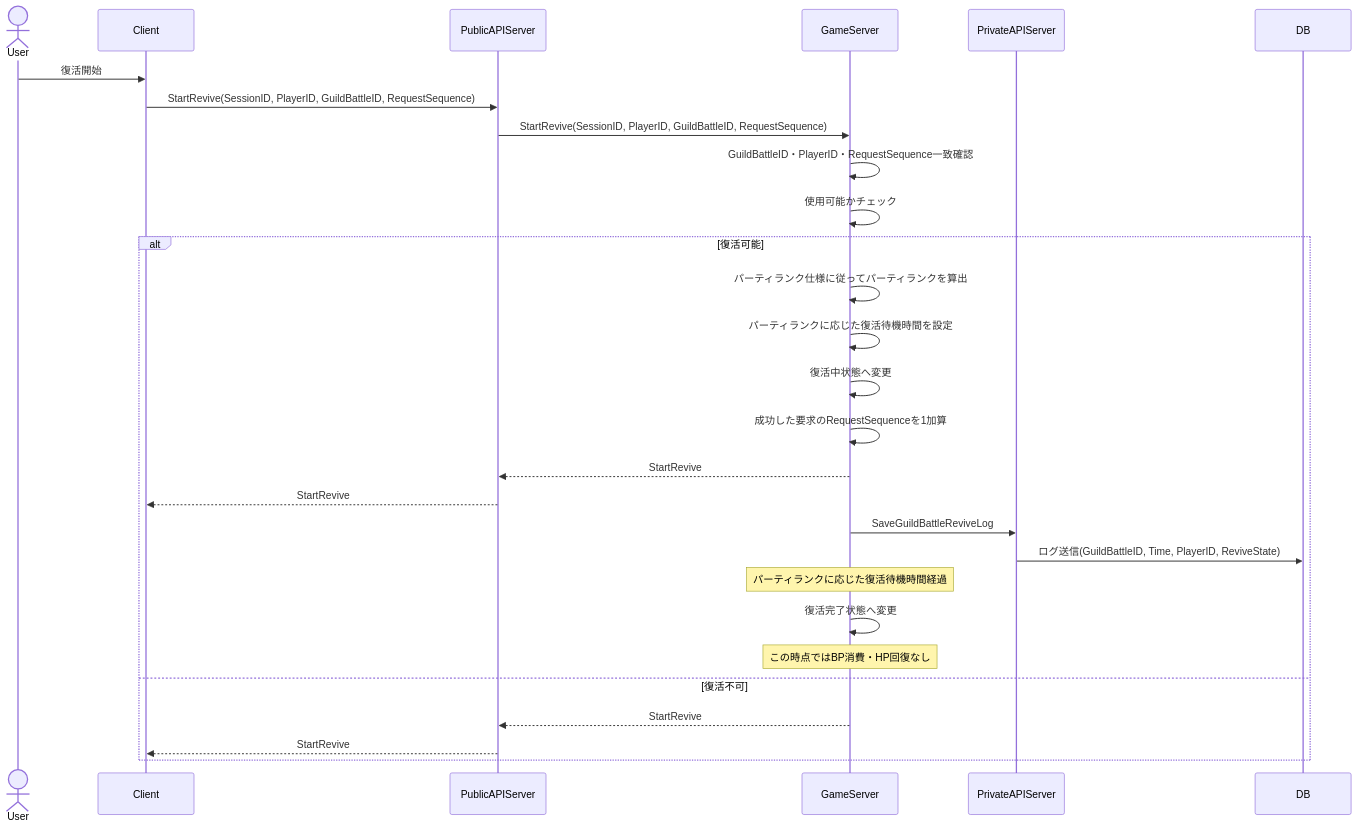
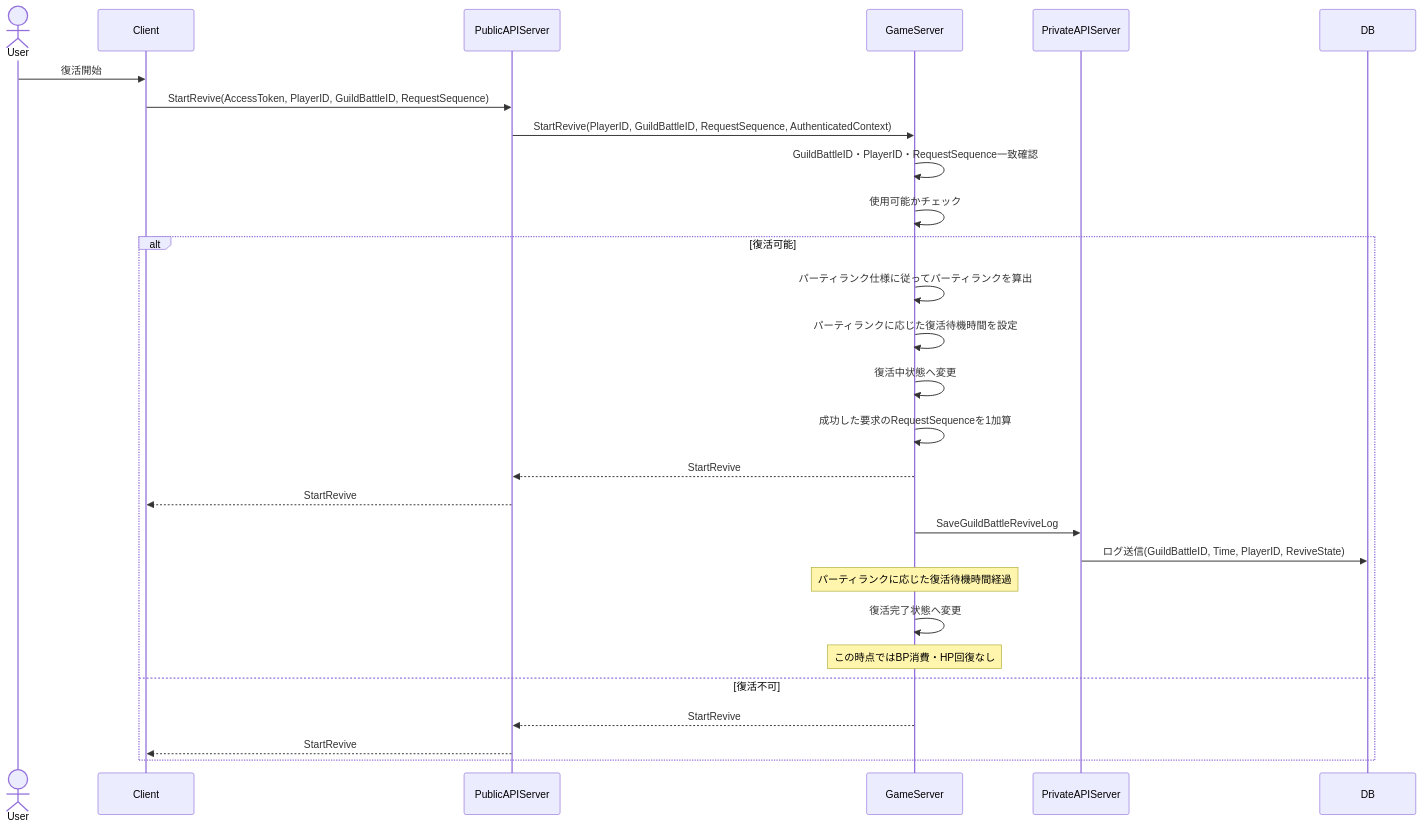
One commit to ReHydrangeaOdyssey/Specifications changed diagram 13 of 16 in design/guild_battle.md. Above: the diagram before and after it, drawn with Mermaid. The commit also changed other lines of this file and 18 other files, not shown here.

````diff
--- a/design/guild_battle.md
+++ b/design/guild_battle.md
@@ -516,36 +532,36 @@
 ```mermaid
 sequenceDiagram
     actor User
     participant Client
     participant PublicAPIServer
     participant GameServer
     participant PrivateAPIServer
     participant DB
 
     User->>Client: 復活開始
-    Client->>PublicAPIServer: StartRevive(SessionID, PlayerID, GuildBattleID, RequestSequence)
-    PublicAPIServer->>GameServer: StartRevive(SessionID, PlayerID, GuildBattleID, RequestSequence)
+    Client->>PublicAPIServer: StartRevive(AccessToken, PlayerID, GuildBattleID, RequestSequence)
+    PublicAPIServer->>GameServer: StartRevive(PlayerID, GuildBattleID, RequestSequence, AuthenticatedContext)
 
     GameServer->>GameServer: GuildBattleID・PlayerID・RequestSequence一致確認
     GameServer->>GameServer: 使用可能かチェック
 
     alt 復活可能
         GameServer->>GameServer: パーティランク仕様に従ってパーティランクを算出
         GameServer->>GameServer: パーティランクに応じた復活待機時間を設定
         GameServer->>GameServer: 復活中状態へ変更
         GameServer->>GameServer: 成功した要求のRequestSequenceを1加算
         GameServer-->>PublicAPIServer: StartRevive
         PublicAPIServer-->>Client: StartRevive
 
         GameServer ->> PrivateAPIServer: SaveGuildBattleReviveLog
         PrivateAPIServer ->> DB: ログ送信(GuildBattleID, Time, PlayerID, ReviveState)
 
         Note over GameServer: パーティランクに応じた復活待機時間経過
 
         GameServer->>GameServer: 復活完了状態へ変更
         Note over GameServer: この時点ではBP消費・HP回復なし
     else 復活不可
         GameServer-->>PublicAPIServer: StartRevive
         PublicAPIServer-->>Client: StartRevive
     end
 ```
````
